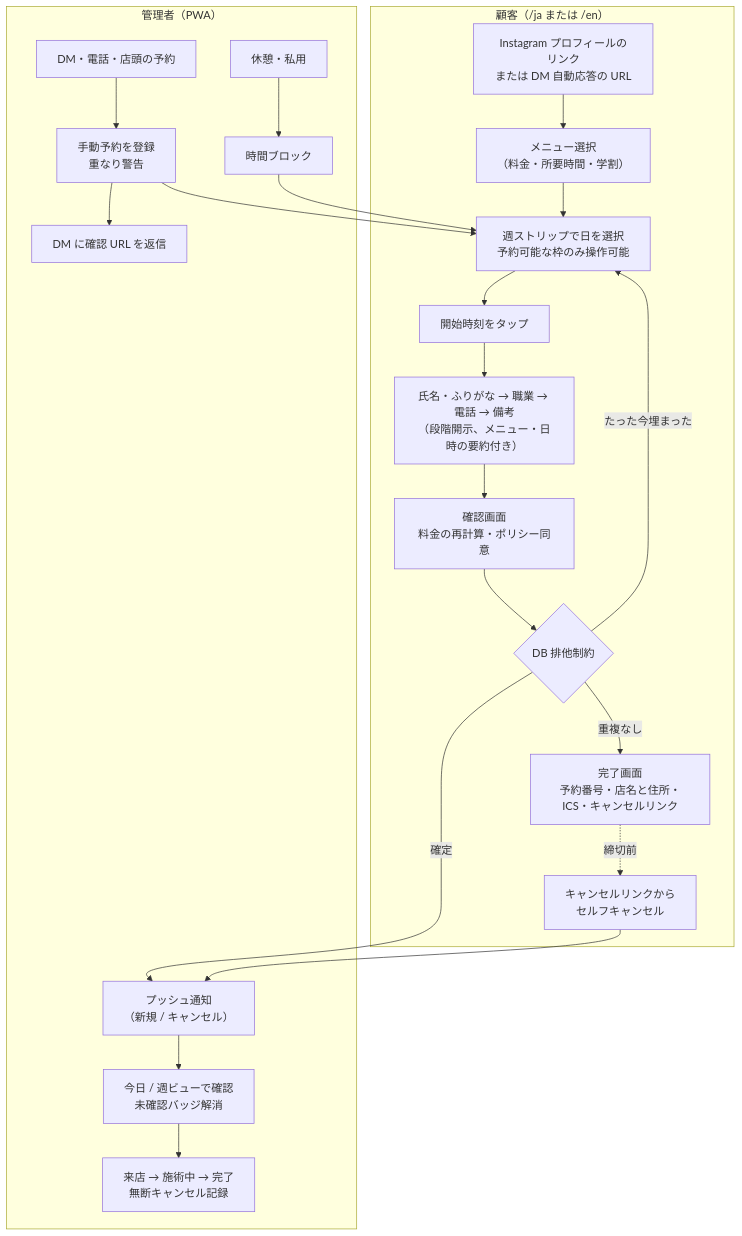
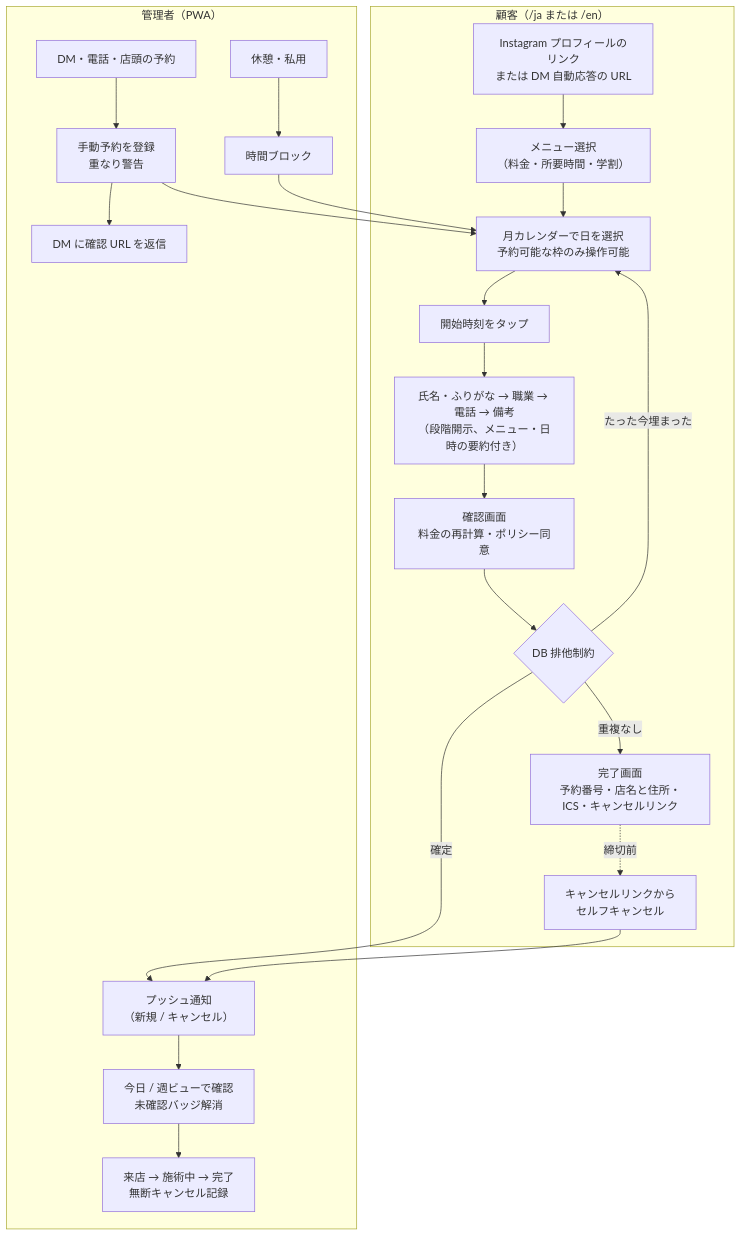
Before and after one commit to kaz-ma/barber-booking: the second of 5 diagrams in docs/02_requirements/requirements.md, drawn with Mermaid. The commit also changed other lines of this file and 13 other files, not shown here.

````diff
--- a/docs/02_requirements/requirements.md
+++ b/docs/02_requirements/requirements.md
@@ -162,25 +163,25 @@
 ```mermaid
 flowchart TD
   subgraph 顧客["顧客（/ja または /en）"]
     A1["Instagram プロフィールのリンク<br/>または DM 自動応答の URL"] --> A2["メニュー選択<br/>（料金・所要時間・学割）"]
-    A2 --> A4["週ストリップで日を選択<br/>予約可能な枠のみ操作可能"]
+    A2 --> A4["月カレンダーで日を選択<br/>予約可能な枠のみ操作可能"]
     A4 --> A5["開始時刻をタップ"]
     A5 --> A3["氏名・ふりがな → 職業 → 電話 → 備考<br/>（段階開示、メニュー・日時の要約付き）"]
     A3 --> A6["確認画面<br/>料金の再計算・ポリシー同意"]
     A6 --> A7{"DB 排他制約"}
     A7 -- "重複なし" --> A8["完了画面<br/>予約番号・店名と住所・ICS・キャンセルリンク"]
     A7 -- "たった今埋まった" --> A4
     A8 -. "締切前" .-> A9["キャンセルリンクから<br/>セルフキャンセル"]
   end
   subgraph 管理["管理者（PWA）"]
     B1["プッシュ通知<br/>（新規 / キャンセル）"] --> B2["今日 / 週ビューで確認<br/>未確認バッジ解消"]
     B3["DM・電話・店頭の予約"] --> B4["手動予約を登録<br/>重なり警告"]
     B4 --> B5["DM に確認 URL を返信"]
     B6["休憩・私用"] --> B7["時間ブロック"]
     B2 --> B8["来店 → 施術中 → 完了<br/>無断キャンセル記録"]
   end
   A7 -- "確定" --> B1
   A9 --> B1
   B4 --> A4
   B7 --> A4
 ```
````
